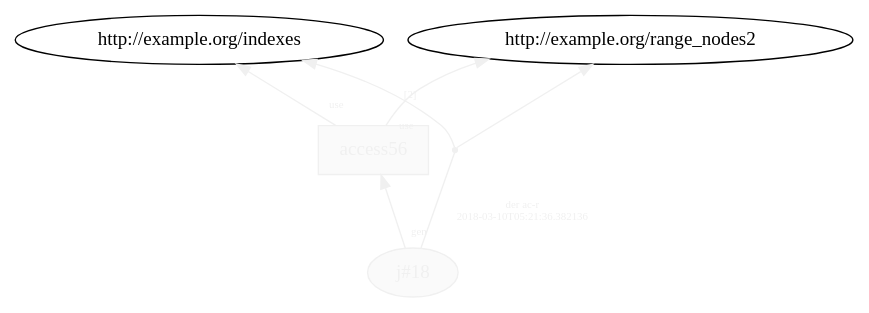
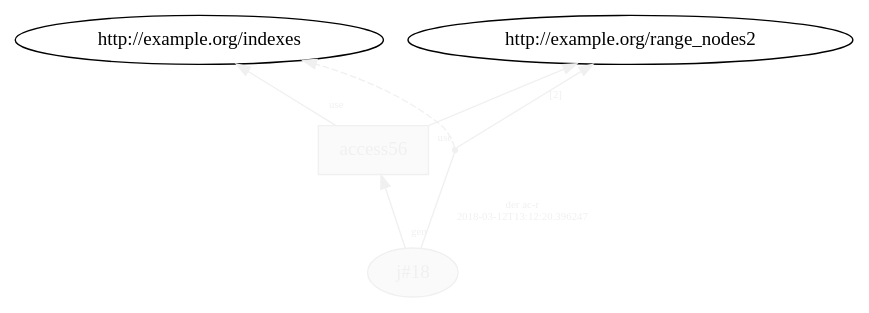
The diagram in generated/versioned_prov/temp/L17__loop_access_18.dot (dew-uff/versioned-prov), drawn with Graphviz before and after one commit. The commit also changed 327 other files, not shown here.

```diff
--- a/generated/versioned_prov/temp/L17__loop_access_18.dot
+++ b/generated/versioned_prov/temp/L17__loop_access_18.dot
@@ -1,12 +1,12 @@
 digraph "PROV" { size="16,12"; rankdir="BT";
 "http://example.org/j#18" [fillcolor="#FAFAFA",color="#F0F0F0",style="filled",fontcolor="#F0F0F0",label="j#18",URL="http://example.org/j#18"]
 "http://example.org/access56" [fillcolor="#FAFAFA",color="#F0F0F0",shape="polygon",sides="4",style="filled",fontcolor="#F0F0F0",label="access56",URL="http://example.org/access56"]
 "bn0" [shape="point",label="",fontcolor="#F0F0F0",color="#F0F0F0"]
 "http://example.org/j#18" -> "bn0" [fontsize="8",distance="1.5",angle="60.0",rotation="20",label="der ac-r
-2018-03-10T05:21:36.382136",arrowhead="none",fontcolor="#F0F0F0",color="#F0F0F0"]
-"bn0" -> "http://example.org/indexes" [fontsize="8",distance="1.5",angle="60.0",rotation="20",label="[2]",fontcolor="#F0F0F0",color="#F0F0F0"]
-"bn0" -> "http://example.org/range_nodes2" [fontcolor="#F0F0F0",color="#F0F0F0"]
+2018-03-12T13:12:20.396247",arrowhead="none",fontcolor="#F0F0F0",color="#F0F0F0"]
+"bn0" -> "http://example.org/indexes" [style="dashed",fontcolor="#F0F0F0",color="#F0F0F0"]
+"bn0" -> "http://example.org/range_nodes2" [fontsize="8",distance="1.5",angle="60.0",rotation="20",label="[2]",fontcolor="#F0F0F0",color="#F0F0F0"]
 "http://example.org/access56" -> "http://example.org/indexes" [labelfontsize="8",labeldistance="1.5",labelangle="60.0",rotation="20",taillabel="use",fontcolor="#F0F0F0",color="#F0F0F0"]
 "http://example.org/access56" -> "http://example.org/range_nodes2" [labelfontsize="8",labeldistance="1.5",labelangle="60.0",rotation="20",taillabel="use",fontcolor="#F0F0F0",color="#F0F0F0"]
 "http://example.org/j#18" -> "http://example.org/access56" [labelfontsize="8",labeldistance="1.5",labelangle="60.0",rotation="20",taillabel="gen",fontcolor="#F0F0F0",color="#F0F0F0"]
 }
```
